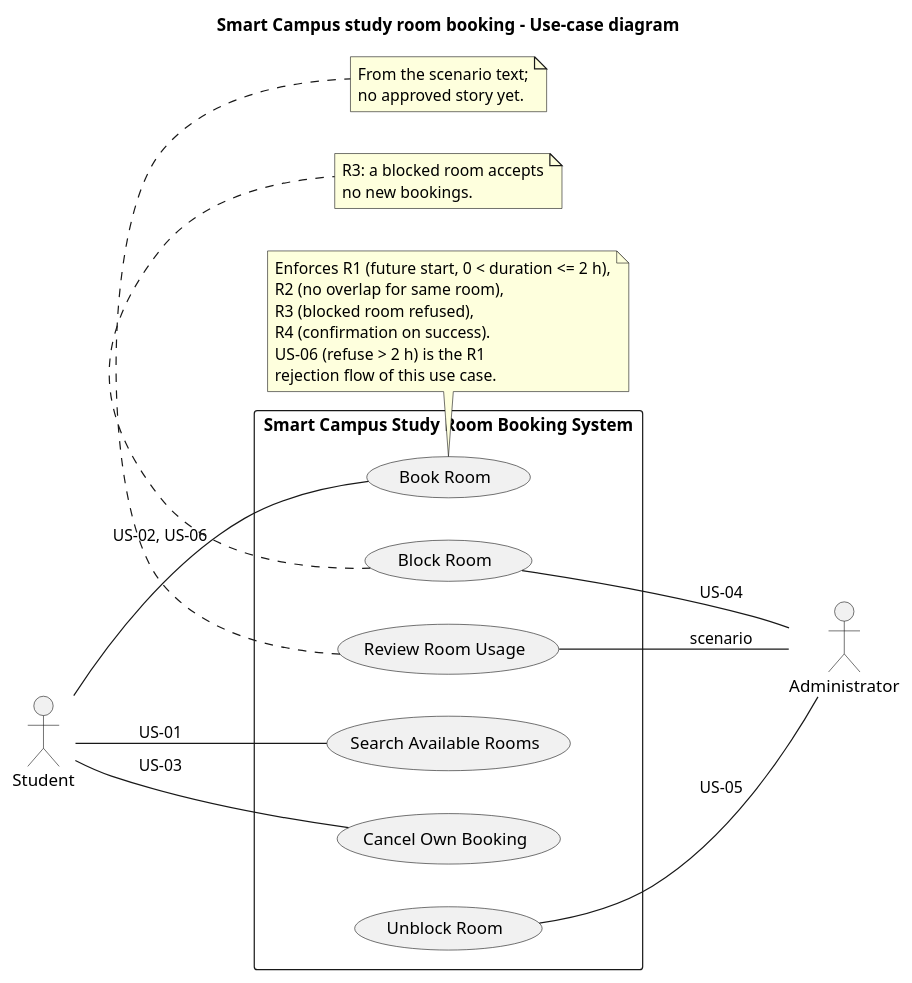
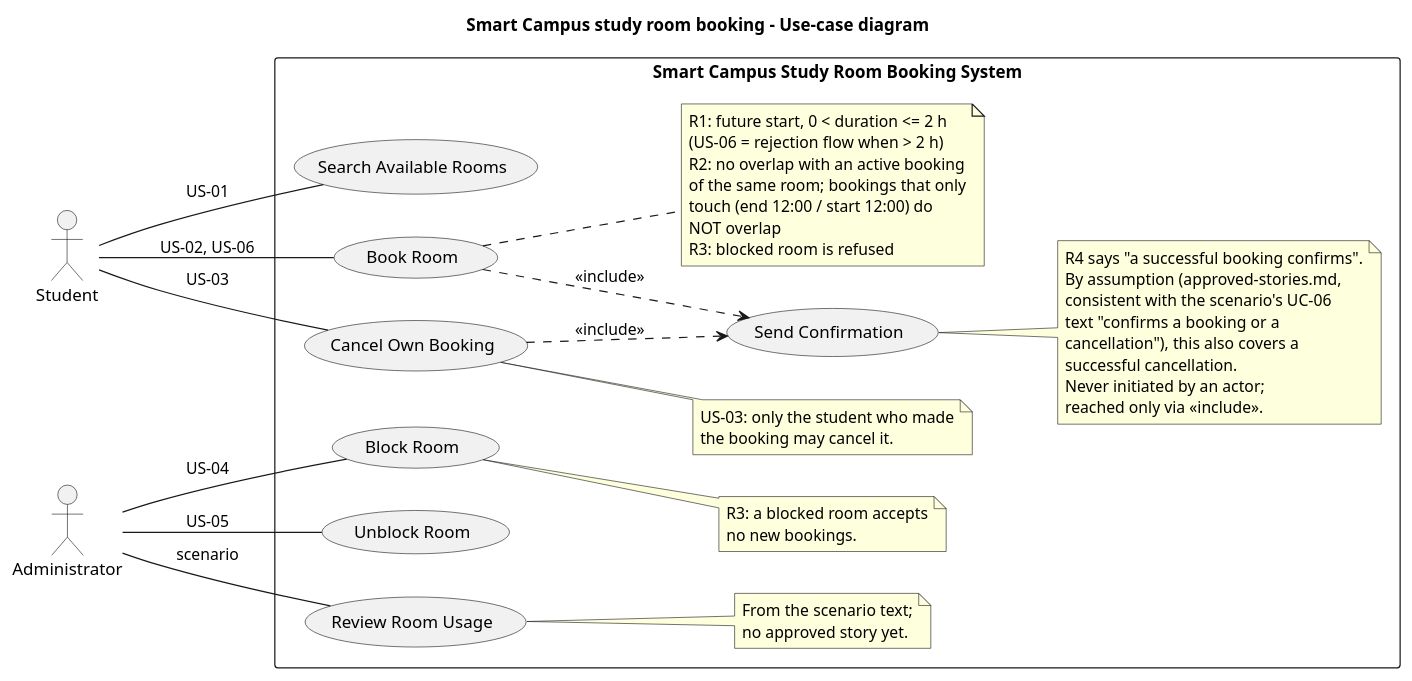
Before and after one commit to aosmanovv/se-practice: the diagram in week-04/models/original/use-case.puml, drawn with PlantUML. The commit also changed 5 other files, not shown here.

Commit message:
week-04: apply AI critique findings to diagrams and approved-stories

```diff
--- a/week-04/models/original/use-case.puml
+++ b/week-04/models/original/use-case.puml
@@ -1,48 +1,75 @@
 @startuml use-case
 title Smart Campus study room booking - Use-case diagram
 
 left to right direction
 skinparam packageStyle rectangle
 skinparam shadowing false
 
 actor Student
 actor Administrator
 
 rectangle "Smart Campus Study Room Booking System" {
-  usecase "Search Available Rooms" as UC1
-  usecase "Book Room" as UC2
-  usecase "Cancel Own Booking" as UC3
-  usecase "Block Room" as UC4
-  usecase "Unblock Room" as UC5
-  usecase "Review Room Usage" as UC6
+  usecase "Search Available Rooms" as UC_Search
+  usecase "Book Room" as UC_Book
+  usecase "Cancel Own Booking" as UC_Cancel
+  usecase "Send Confirmation" as UC_Confirm
+  usecase "Block Room" as UC_Block
+  usecase "Unblock Room" as UC_Unblock
+  usecase "Review Room Usage" as UC_Usage
+
+  note right of UC_Book
+    R1: future start, 0 < duration <= 2 h
+    (US-06 = rejection flow when > 2 h)
+    R2: no overlap with an active booking
+    of the same room; bookings that only
+    touch (end 12:00 / start 12:00) do
+    NOT overlap
+    R3: blocked room is refused
+  end note
+
+  note right of UC_Cancel
+    US-03: only the student who made
+    the booking may cancel it.
+  end note
+
+  note right of UC_Confirm
+    R4 says "a successful booking confirms".
+    By assumption (approved-stories.md,
+    consistent with the scenario's UC-06
+    text "confirms a booking or a
+    cancellation"), this also covers a
+    successful cancellation.
+    Never initiated by an actor;
+    reached only via <<include>>.
+  end note
+
+  note right of UC_Block
+    R3: a blocked room accepts
+    no new bookings.
+  end note
+
+  note right of UC_Usage
+    From the scenario text;
+    no approved story yet.
+  end note
 }
 
-' Student goals
-Student -- UC1 : US-01
-Student -- UC2 : US-02, US-06
-Student -- UC3 : US-03
+' --- Student goals ---
+Student -- UC_Search : US-01
+Student -- UC_Book : US-02, US-06
+Student -- UC_Cancel : US-03
 
-' Administrator goals
-UC4 -- Administrator : US-04
-UC5 -- Administrator : US-05
-UC6 -- Administrator : scenario
+' --- Administrator goals ---
+Administrator -- UC_Block : US-04
+Administrator -- UC_Unblock : US-05
+Administrator -- UC_Usage : scenario
 
-note bottom of UC2
-  Enforces R1 (future start, 0 < duration <= 2 h),
-  R2 (no overlap for same room),
-  R3 (blocked room refused),
-  R4 (confirmation on success).
-  US-06 (refuse > 2 h) is the R1
-  rejection flow of this use case.
-end note
+' --- Includes ---
+' why: R4 - every successful booking must produce a confirmation
+UC_Book ..> UC_Confirm : <<include>>
 
-note bottom of UC4
-  R3: a blocked room accepts
-  no new bookings.
-end note
+' why: R4 - approved-stories.md maps US-03 to R4, so a successful cancellation confirms too
+UC_Cancel ..> UC_Confirm : <<include>>
 
-note bottom of UC6
-  From the scenario text;
-  no approved story yet.
-end note
+' No actor is associated with Send Confirmation: no actor initiates it.
 @enduml
```
